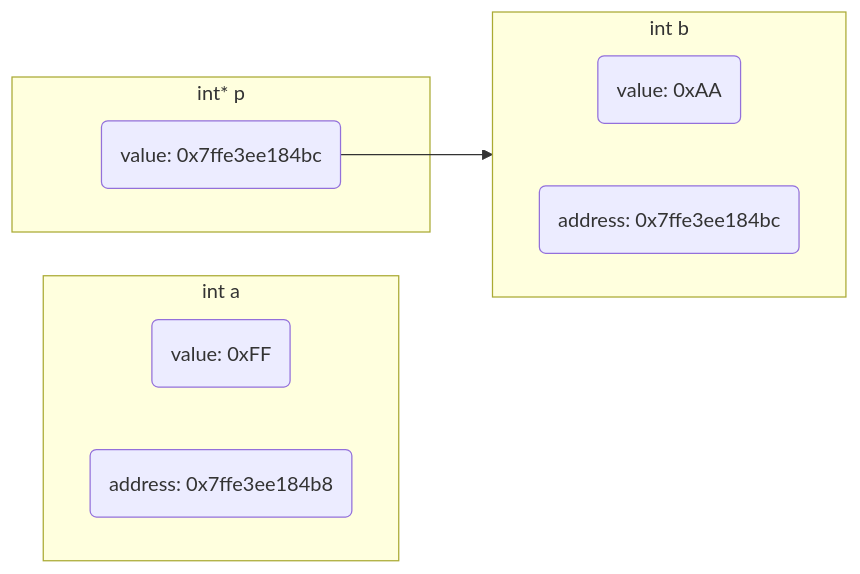
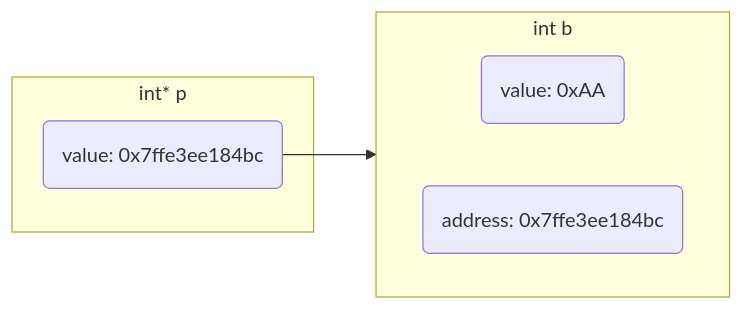
The fifth of 11 diagrams in _posts/language/c_c++/pointer/2022-01-08-指针.md (dmjcb/dmjcb.github.io), drawn with Mermaid before and after one commit. The commit also changed other lines of this file and 40 other files, not shown here.

````diff
--- a/_posts/language/c_c++/pointer/2022-01-08-指针.md
+++ b/_posts/language/c_c++/pointer/2022-01-08-指针.md
@@ -160,17 +170,12 @@
 ```mermaid
 graph LR;
     subgraph S3[int b]
         direction LR
         V3(value: 0xAA)
         A3(address: 0x7ffe3ee184bc)
     end
-    subgraph S1[int a]
-        direction LR
-        V2(value: 0xFF)
-        A2(address: 0x7ffe3ee184b8)
-    end
     subgraph S2[int* p]
         V1(value: 0x7ffe3ee184bc)
     end
     V1-->A3
 ```
````
